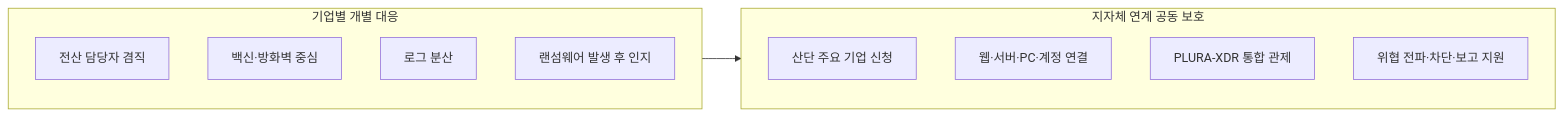
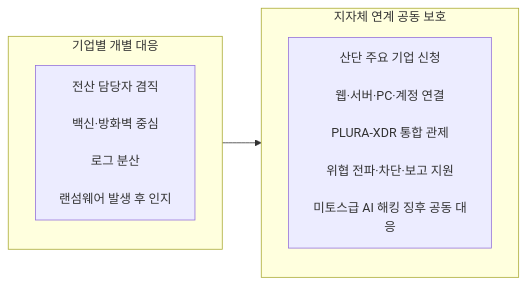
One commit to qubitsec/plura changed the fifth of 7 diagrams in ko/proposal/local-government/full.md. Above: the diagram before and after it, drawn with Mermaid.

````diff
--- a/ko/proposal/local-government/full.md
+++ b/ko/proposal/local-government/full.md
@@ -428,18 +428,12 @@
 ```mermaid
 flowchart LR
     subgraph CompanyBefore[기업별 개별 대응]
-        C1[전산 담당자 겸직]
-        C2[백신·방화벽 중심]
-        C3[로그 분산]
-        C4[랜섬웨어 발생 후 인지]
+        C1["전산 담당자 겸직<br><br>백신·방화벽 중심<br><br>로그 분산<br><br>랜섬웨어 발생 후 인지"]
     end
 
     subgraph PublicModel[지자체 연계 공동 보호]
-        P1[산단 주요 기업 신청]
-        P2[웹·서버·PC·계정 연결]
-        P3[PLURA-XDR 통합 관제]
-        P4[위협 전파·차단·보고 지원]
+        P1["산단 주요 기업 신청<br><br>웹·서버·PC·계정 연결<br><br>PLURA-XDR 통합 관제<br><br>위협 전파·차단·보고 지원<br><br>미토스급 AI 해킹 징후 공동 대응"]
     end
 
     CompanyBefore --> PublicModel
 ```
````
